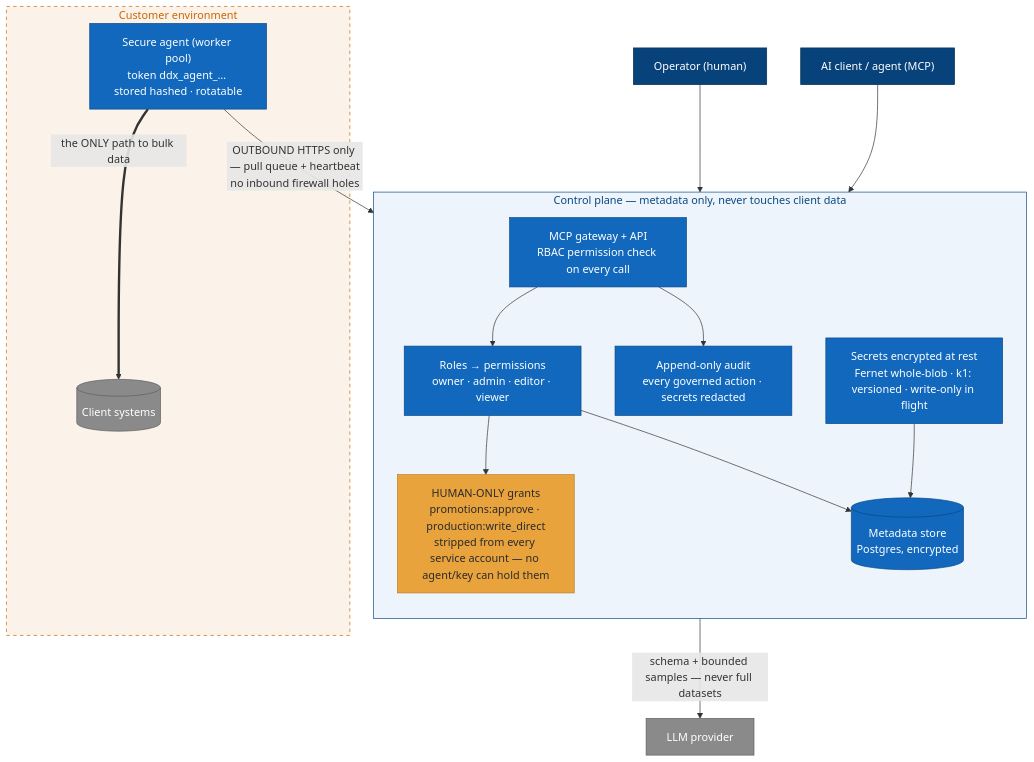
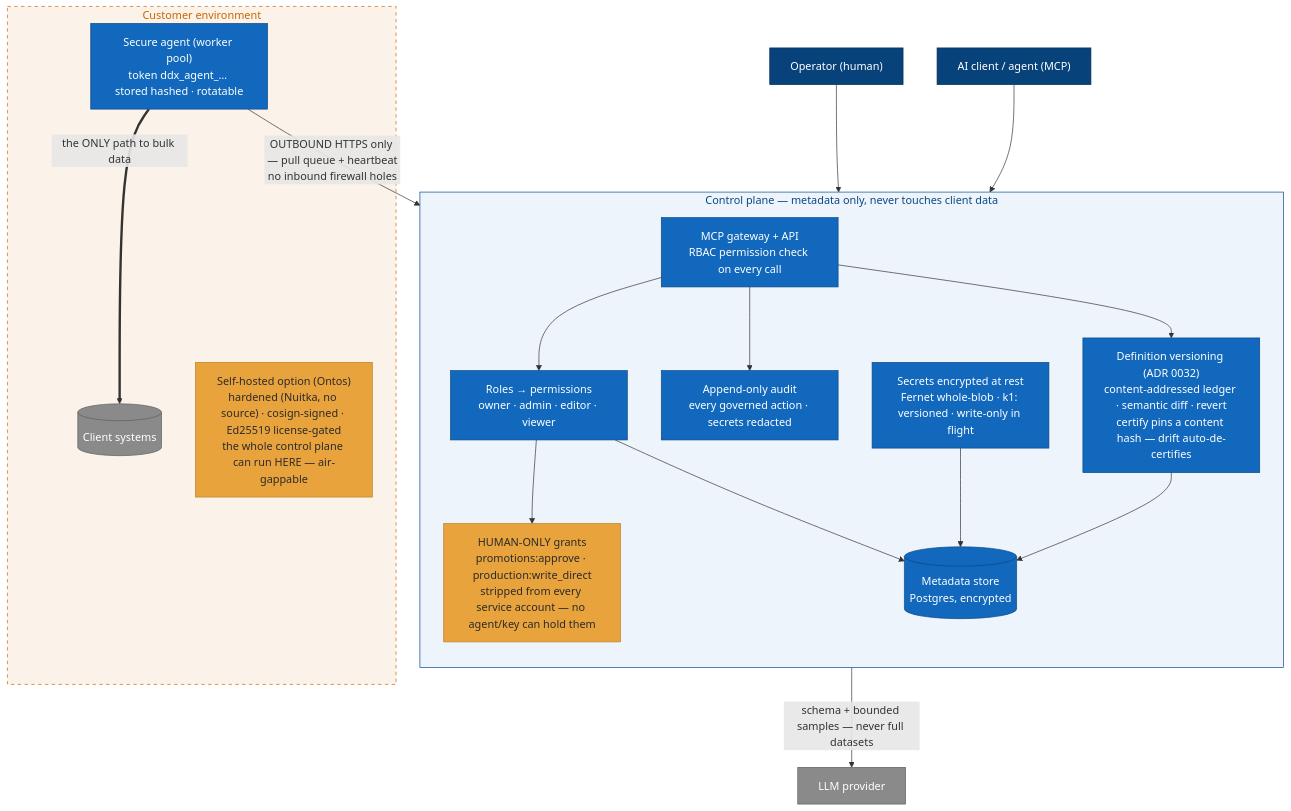
Before and after one commit to numan98khan/datadex-architecture: diagram 13 of 20 in MERMAID.md, drawn with Mermaid. The commit also changed other lines of this file and 3 other files, not shown here.

First line of the commit message:
docs: refresh architecture mirror for the current platform state

````diff
--- a/MERMAID.md
+++ b/MERMAID.md
@@ -395,36 +461,40 @@
 ```mermaid
 flowchart TB
   ai["AI client / agent (MCP)"]:::person
   op["Operator (human)"]:::person
   subgraph control["Control plane — metadata only, never touches client data"]
     direction TB
     gw["MCP gateway + API<br/>RBAC permission check on every call"]:::container
     rbac["Roles → permissions<br/>owner · admin · editor · viewer"]:::container
     humanonly["HUMAN-ONLY grants<br/>promotions:approve · production:write_direct<br/>stripped from every service account — no agent/key can hold them"]:::gate
     sec["Secrets encrypted at rest<br/>Fernet whole-blob · k1: versioned · write-only in flight"]:::container
     audit["Append-only audit<br/>every governed action · secrets redacted"]:::container
+    ver["Definition versioning (ADR 0032)<br/>content-addressed ledger · semantic diff · revert<br/>certify pins a content hash — drift auto-de-certifies"]:::container
     store[("Metadata store<br/>Postgres, encrypted")]:::store
     gw --> rbac --> humanonly
     gw --> audit
+    gw --> ver
     rbac --> store
     sec --> store
+    ver --> store
   end
   subgraph cust["Customer environment"]
     worker["Secure agent (worker pool)<br/>token ddx_agent_… stored hashed · rotatable"]:::container
     client[("Client systems")]:::external
+    selfhost["Self-hosted option (Ontos)<br/>hardened (Nuitka, no source) · cosign-signed · Ed25519 license-gated<br/>the whole control plane can run HERE — air-gappable"]:::gate
     worker ==>|"the ONLY path to bulk data"| client
   end
   llm["LLM provider"]:::external
   op --> gw
   ai --> gw
   worker -->|"OUTBOUND HTTPS only — pull queue + heartbeat<br/>no inbound firewall holes"| gw
   gw -->|"schema + bounded samples — never full datasets"| llm
 
   classDef person fill:#08427b,stroke:#052e56,color:#fff;
   classDef container fill:#1168bd,stroke:#0b4884,color:#fff;
   classDef gate fill:#e8a33d,stroke:#b97e22,color:#2b2b2b;
   classDef store fill:#1168bd,stroke:#0b4884,color:#fff;
   classDef external fill:#8a8a8a,stroke:#5f5f5f,color:#fff;
   style control fill:#eef4fb,stroke:#0b4884,color:#0b4884
   style cust fill:#fbf2e9,stroke:#cc6600,stroke-dasharray:5 5,color:#cc6600
 ```
````
